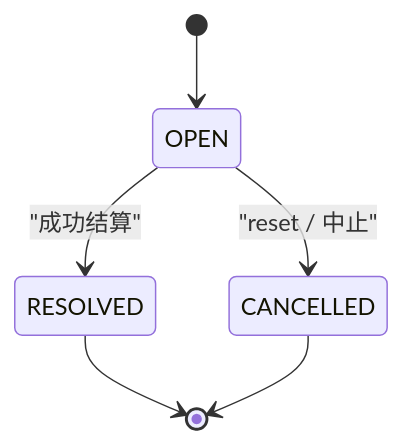
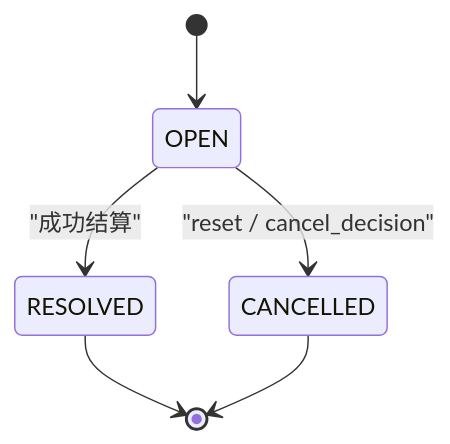
One commit to boji-today/frayground changed the tenth of 11 diagrams in backend/DESIGN.md. Above: the diagram before and after it, drawn with Mermaid. The commit also changed other lines of this file, not shown here.

First line of the commit message:
docs(backend): align class and state diagrams with the domain code

````diff
--- a/backend/DESIGN.md
+++ b/backend/DESIGN.md
@@ -385,8 +407,8 @@
 ```mermaid
 stateDiagram-v2
   [*] --> OPEN
   OPEN --> RESOLVED : "成功结算"
-  OPEN --> CANCELLED : "reset / 中止"
+  OPEN --> CANCELLED : "reset / cancel_decision"
   RESOLVED --> [*]
   CANCELLED --> [*]
 ```
````
